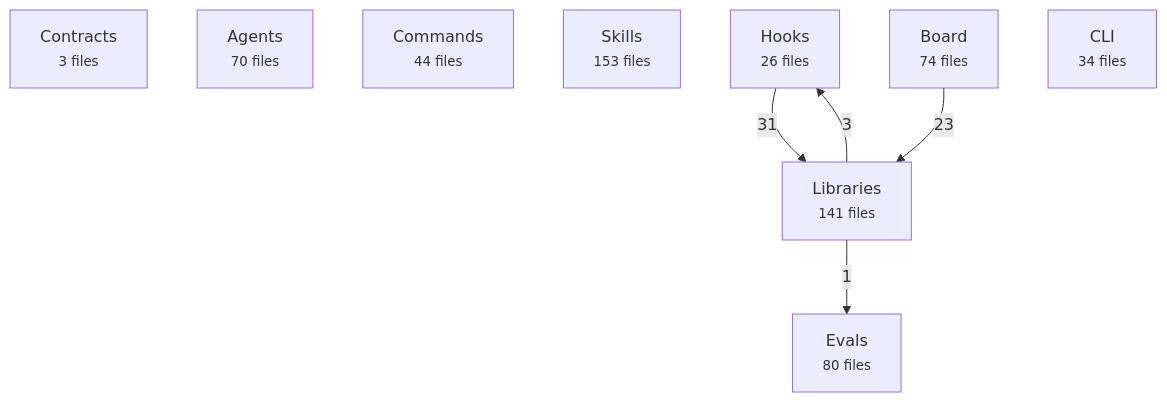
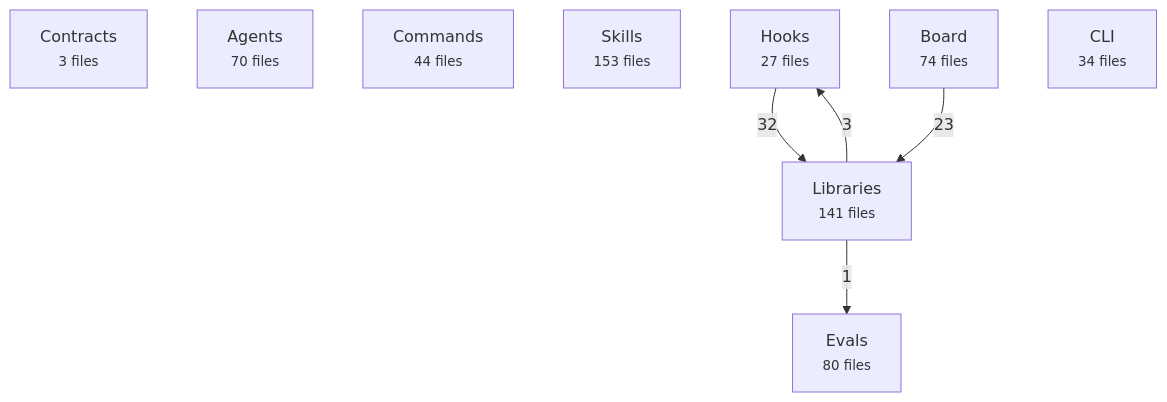
Before and after one commit to avelikiy/great_cto: the first of 2 diagrams in docs/reference/architecture-map.md, drawn with Mermaid. The commit also changed other lines of this file and 11 other files, not shown here.

````diff
--- a/docs/reference/architecture-map.md
+++ b/docs/reference/architecture-map.md
@@ -20,16 +20,16 @@
 ```mermaid
 flowchart TD
   contracts["Contracts<br/><small>3 files</small>"]
   agents["Agents<br/><small>70 files</small>"]
   commands["Commands<br/><small>44 files</small>"]
   skills["Skills<br/><small>153 files</small>"]
-  hooks["Hooks<br/><small>26 files</small>"]
+  hooks["Hooks<br/><small>27 files</small>"]
   libs["Libraries<br/><small>141 files</small>"]
   board["Board<br/><small>74 files</small>"]
   cli["CLI<br/><small>34 files</small>"]
   evals["Evals<br/><small>80 files</small>"]
-  hooks -->|31| libs
+  hooks -->|32| libs
   board -->|23| libs
   libs -->|3| hooks
   libs -->|1| evals
 ```
````
